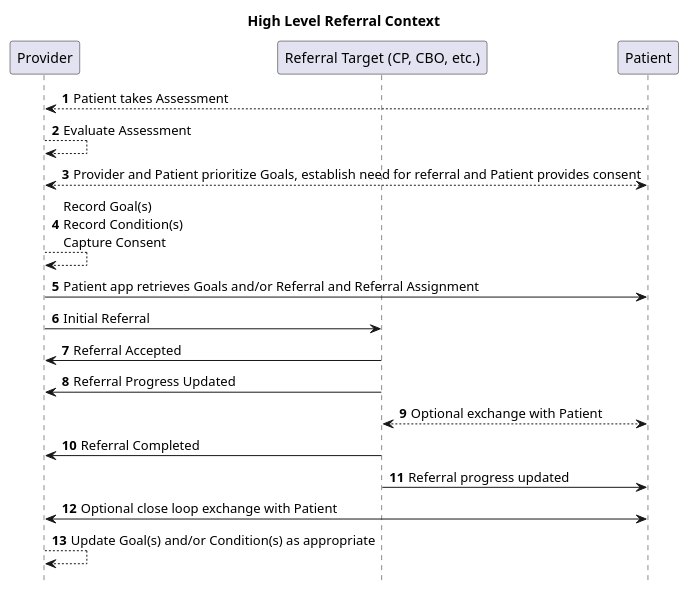
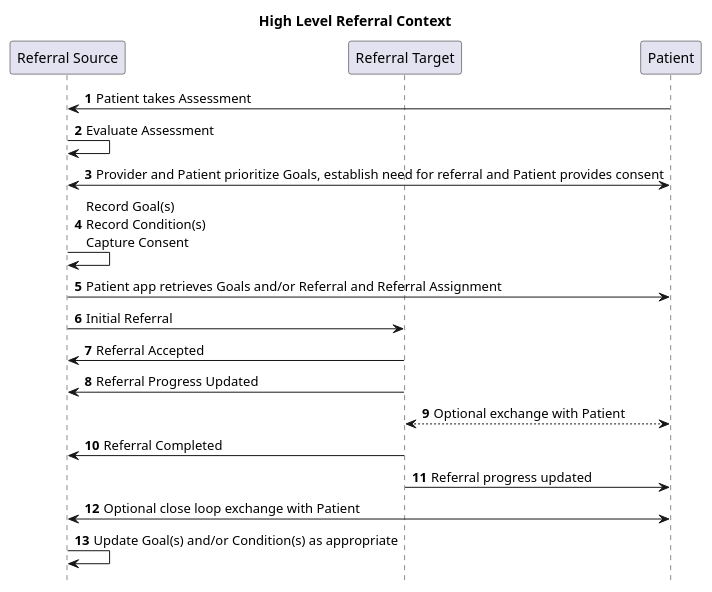
One commit to HL7/fhir-sdoh-clinicalcare changed the diagram in input/images-source/HighLevelReferralContext.plantuml. Above: the diagram before and after it, drawn with PlantUML. The commit also changed 21 other files, not shown here.

Commit message:
Additional Diagram updates

```diff
--- a/input/images-source/HighLevelReferralContext.plantuml
+++ b/input/images-source/HighLevelReferralContext.plantuml
@@ -1,27 +1,27 @@
 @startuml
 /'!theme bluegray'/
 title High Level Referral Context
 
-participant "Provider" as A
-participant "Referral Target (CP, CBO, etc.)" as C
+participant "Referral Source" as A
+participant "Referral Target" as C
 participant "Patient" as B
 
 autonumber
 
 hide footbox
 
-A <-- B : Patient takes Assessment
-A --> A : Evaluate Assessment
-A <--> B : Provider and Patient prioritize Goals, establish need for referral and Patient provides consent
-A --> A : Record Goal(s)\nRecord Condition(s)\nCapture Consent
+A <- B : Patient takes Assessment
+A -> A : Evaluate Assessment
+A <-> B : Provider and Patient prioritize Goals, establish need for referral and Patient provides consent
+A -> A : Record Goal(s)\nRecord Condition(s)\nCapture Consent
 A -> B : Patient app retrieves Goals and/or Referral and Referral Assignment
 A -> C : Initial Referral
 C -> A : Referral Accepted
 C -> A : Referral Progress Updated
 C <--> B : Optional exchange with Patient
 C -> A : Referral Completed
 C -> B : Referral progress updated
 A <-> B : Optional close loop exchange with Patient
-A --> A : Update Goal(s) and/or Condition(s) as appropriate
+A -> A : Update Goal(s) and/or Condition(s) as appropriate
 
 @enduml
```
